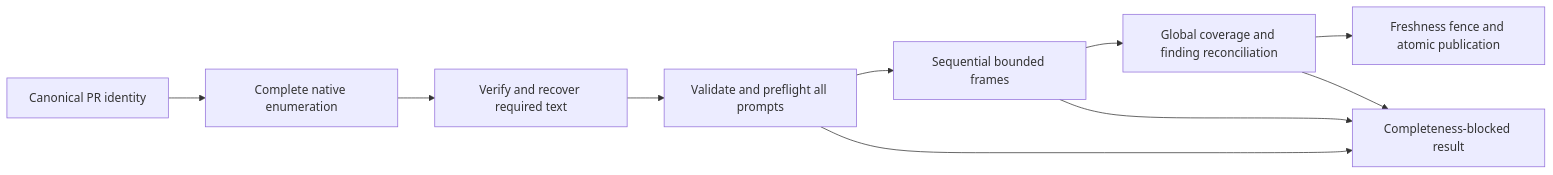
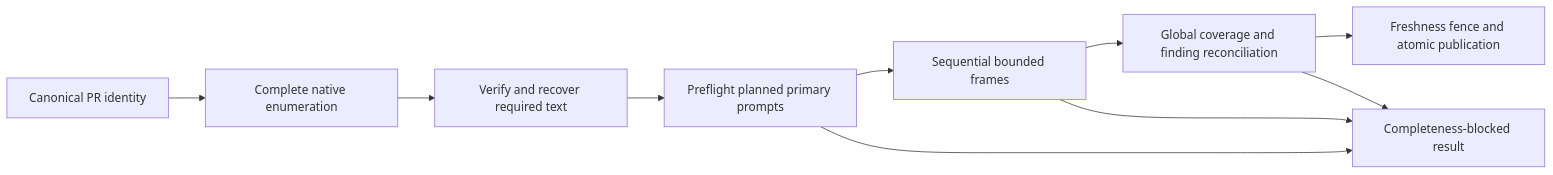
The first of 2 diagrams in specs/bugbot-source-bound-framed-review.md (vypdev/copilot), drawn with Mermaid before and after one commit. The commit also changed other lines of this file and 3 other files, not shown here.

````diff
--- a/specs/bugbot-source-bound-framed-review.md
+++ b/specs/bugbot-source-bound-framed-review.md
@@ -112,12 +112,12 @@
 ```mermaid
 flowchart LR
     A[Canonical PR identity] --> B[Complete native enumeration]
     B --> C[Verify and recover required text]
-    C --> D[Validate and preflight all prompts]
+    C --> D[Preflight planned primary prompts]
     D --> E[Sequential bounded frames]
     E --> F[Global coverage and finding reconciliation]
     F --> G[Freshness fence and atomic publication]
     D --> H[Completeness-blocked result]
     E --> H
     F --> H
 ```
````
